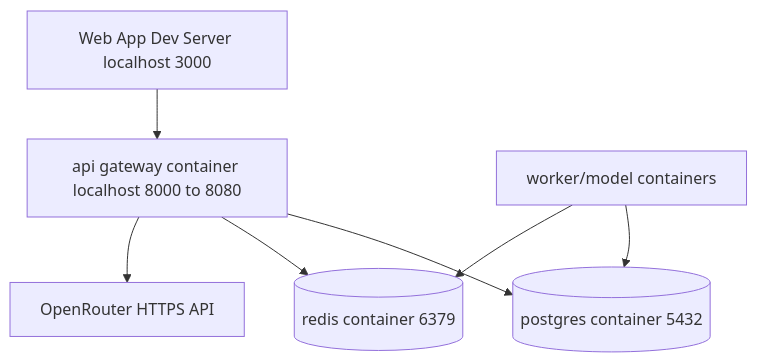
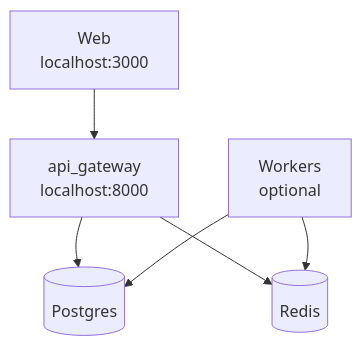
The second of 2 diagrams in README.md (frank-asket/doubow), drawn with Mermaid before and after one commit. The commit also changed other lines of this file and 1 other file, not shown here.

First line of the commit message:
Update README and architecture documentation to clarify Unified Assistant and job ingestion processes

````diff
--- a/README.md
+++ b/README.md
@@ -92,16 +85,14 @@
 ```mermaid
 flowchart TB
-  FE[Web App Dev Server localhost 3000]
-  API[api gateway container localhost 8000 to 8080]
-  LLM[OpenRouter HTTPS API]
-  PG[(postgres container 5432)]
-  R[(redis container 6379)]
-  W[worker/model containers]
+  FE["Web<br/>localhost:3000"]
+  API["api_gateway<br/>localhost:8000"]
+  PG[("Postgres")]
+  R[("Redis")]
+  W["Workers<br/>optional"]
 
   FE --> API
   API --> PG
   API --> R
-  API --> LLM
   W --> PG
   W --> R
 ```
````
